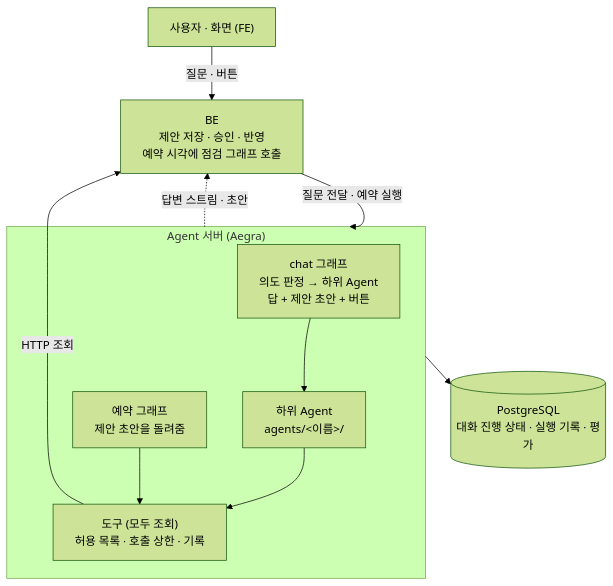
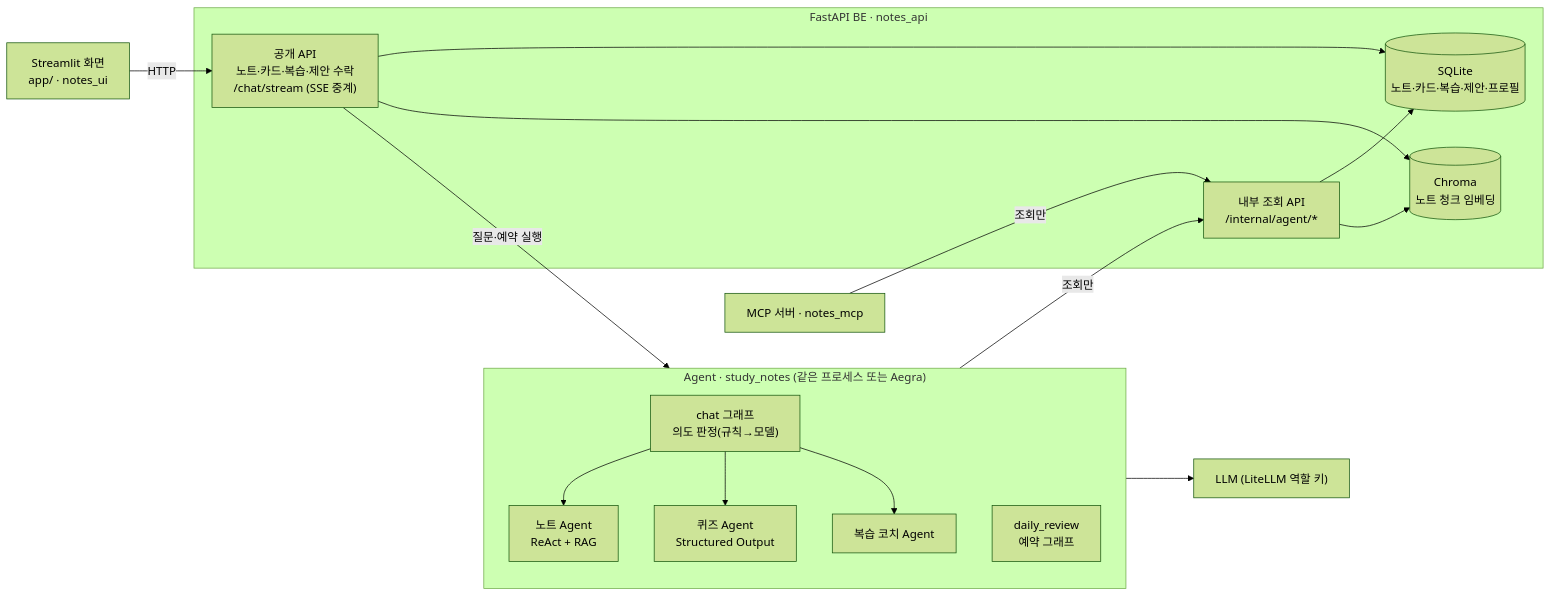
One commit to dlhwang/StudyNotes changed the diagram in README.md. Above: the diagram before and after it, drawn with Mermaid (forest theme). The commit also changed other lines of this file and 8 other files, not shown here.

````diff
--- a/README.md
+++ b/README.md
@@ -32,22 +27,27 @@
 ```mermaid
-flowchart TB
-    user["사용자 · 화면 (FE)"]
-    be["BE<br/>제안 저장 · 승인 · 반영<br/>예약 시각에 점검 그래프 호출"]
-
-    subgraph aegra["Agent 서버 (Aegra)"]
-        chat["chat 그래프<br/>의도 판정 → 하위 Agent<br/>답 + 제안 초안 + 버튼"]
-        sched["예약 그래프<br/>제안 초안을 돌려줌"]
-        sub["하위 Agent<br/>agents/&lt;이름&gt;/"]
-        tools["도구 (모두 조회)<br/>허용 목록 · 호출 상한 · 기록"]
-        chat --> sub --> tools
-        sched --> tools
+flowchart LR
+    UI["Streamlit 화면<br/>app/ · notes_ui"]
+    subgraph BE["FastAPI BE · notes_api"]
+        PUB["공개 API<br/>노트·카드·복습·제안 수락<br/>/chat/stream (SSE 중계)"]
+        INT["내부 조회 API<br/>/internal/agent/*"]
+        DB[("SQLite<br/>노트·카드·복습·제안·프로필")]
+        VDB[("Chroma<br/>노트 청크 임베딩")]
     end
-
-    pg[("PostgreSQL<br/>대화 진행 상태 · 실행 기록 · 평가")]
-
-    user -- "질문 · 버튼" --> be
-    be -- "질문 전달 · 예약 실행" --> aegra
-    aegra -. "답변 스트림 · 초안" .-> be
-    tools -- "HTTP 조회" --> be
-    aegra --> pg
+    subgraph AG["Agent · study_notes (같은 프로세스 또는 Aegra)"]
+        ORCH["chat 그래프<br/>의도 판정(규칙→모델)"]
+        N["노트 Agent<br/>ReAct + RAG"]
+        Q["퀴즈 Agent<br/>Structured Output"]
+        R["복습 코치 Agent"]
+        DR["daily_review<br/>예약 그래프"]
+        ORCH --> N & Q & R
+    end
+    MCP["MCP 서버 · notes_mcp"]
+    LLM["LLM (LiteLLM 역할 키)"]
+    UI -->|HTTP| PUB
+    PUB --> DB & VDB
+    PUB -->|질문·예약 실행| AG
+    AG -->|조회만| INT
+    INT --> DB & VDB
+    AG --> LLM
+    MCP -->|조회만| INT
 ```
````
